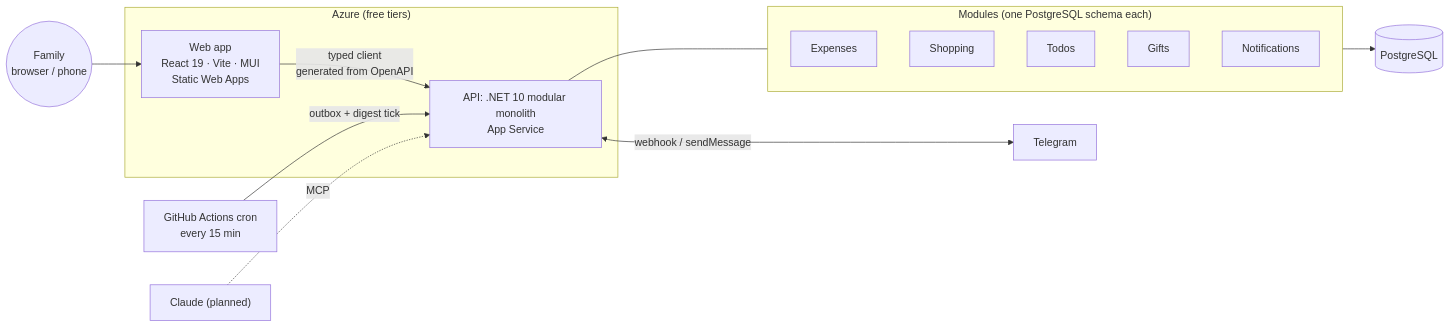
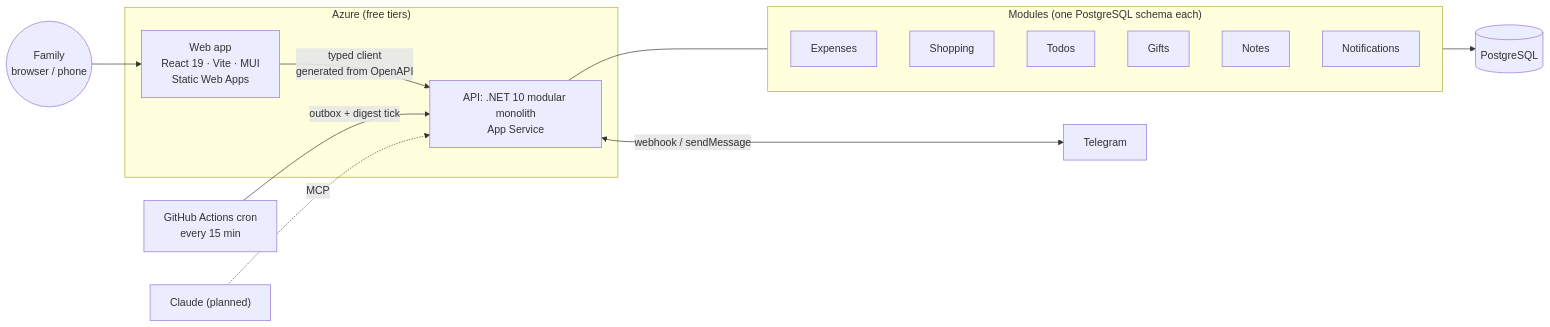
One commit to Weretik/home-app changed the diagram in README.md. Above: the diagram before and after it, drawn with Mermaid. The commit also changed other lines of this file and 105 other files, not shown here.

First line of the commit message:
Notes module: notes and categories in schema notes; who is signed in through Identity.Contracts

````diff
--- a/README.md
+++ b/README.md
@@ -29,21 +30,22 @@
 ```mermaid
 flowchart LR
     subgraph Azure["Azure (free tiers)"]
         Web["Web app<br/>React 19 · Vite · MUI<br/>Static Web Apps"]
         Api["API: .NET 10 modular monolith<br/>App Service"]
     end
     subgraph Modules["Modules (one PostgreSQL schema each)"]
         Expenses
         Shopping
         Todos
         Gifts
+        Notes
         Notifications
     end
     User(("Family<br/>browser / phone")) --> Web
     Web -- "typed client<br/>generated from OpenAPI" --> Api
     Api --- Modules
     Modules --> DB[("PostgreSQL")]
     Cron["GitHub Actions cron<br/>every 15 min"] -- "outbox + digest tick" --> Api
     Api <-- "webhook / sendMessage" --> TG["Telegram"]
     Claude["Claude (planned)"] -. "MCP" .-> Api
 ```
````
